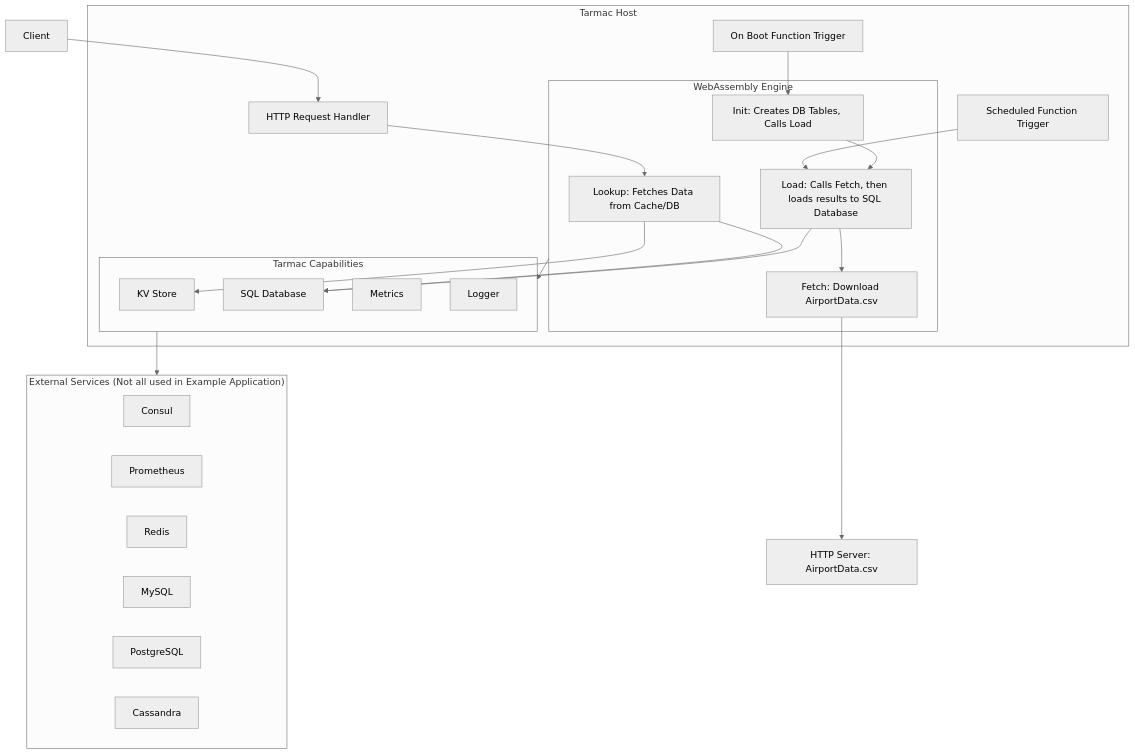
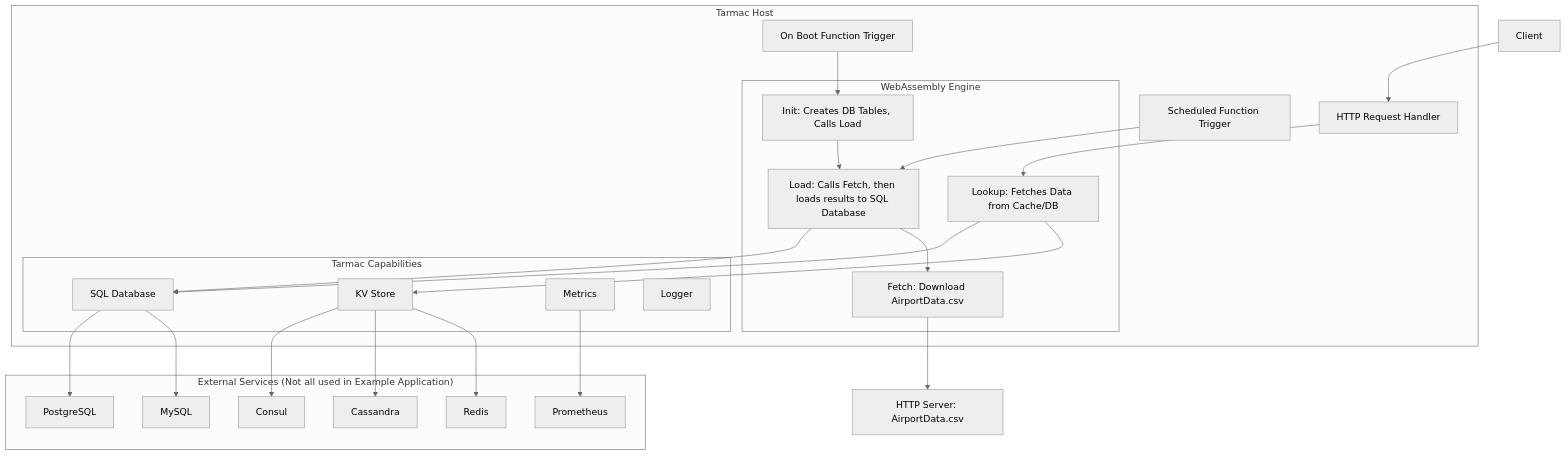
One commit to tarmac-project/tarmac changed the diagram in docs/README.md. Above: the diagram before and after it, drawn with Mermaid (neutral theme).

Commit message:
docs: show specific capability-to-service connections in diagram

````diff
--- a/docs/README.md
+++ b/docs/README.md
@@ -169,50 +169,54 @@
 ```mermaid
 graph TB
     Client[Client]
     
     subgraph TarmacHost["Tarmac Host"]
         HTTPHandler[HTTP Request Handler]
         OnBootTrigger[On Boot Function Trigger]
         ScheduledTrigger[Scheduled Function Trigger]
         
         subgraph WASMEngine["WebAssembly Engine"]
             Init[Init: Creates DB Tables, Calls Load]
             Load[Load: Calls Fetch, then loads results to SQL Database]
             Fetch[Fetch: Download AirportData.csv]
             Lookup[Lookup: Fetches Data from Cache/DB]
         end
         
         subgraph Capabilities["Tarmac Capabilities"]
             KVStore[KV Store]
             SQLDatabase[SQL Database]
             Metrics[Metrics]
             Logger[Logger]
         end
     end
     
     HTTPServer[HTTP Server: AirportData.csv]
     
     subgraph ExternalServices["External Services (Not all used in Example Application)"]
         Consul[Consul]
         Prometheus[Prometheus]
         Redis[Redis]
         MySQL[MySQL]
         PostgreSQL[PostgreSQL]
         Cassandra[Cassandra]
     end
     
     Client --> HTTPHandler
     HTTPHandler --> Lookup
     OnBootTrigger --> Init
     ScheduledTrigger --> Load
     Init --> Load
     Load --> Fetch
     Fetch --> HTTPServer
     
     Lookup --> KVStore
     Lookup --> SQLDatabase
     Load --> SQLDatabase
     
-    WASMEngine --> Capabilities
-    Capabilities --> ExternalServices
+    KVStore --> Redis
+    KVStore --> Cassandra
+    KVStore --> Consul
+    SQLDatabase --> MySQL
+    SQLDatabase --> PostgreSQL
+    Metrics --> Prometheus
 ```
````
